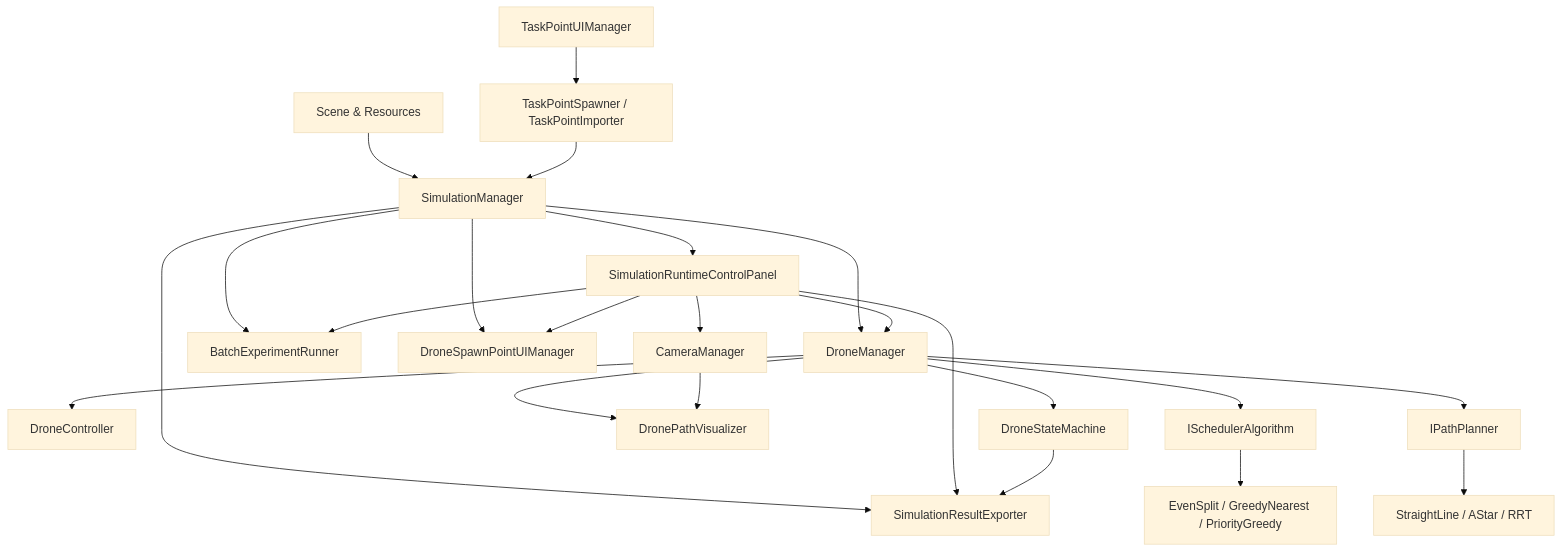
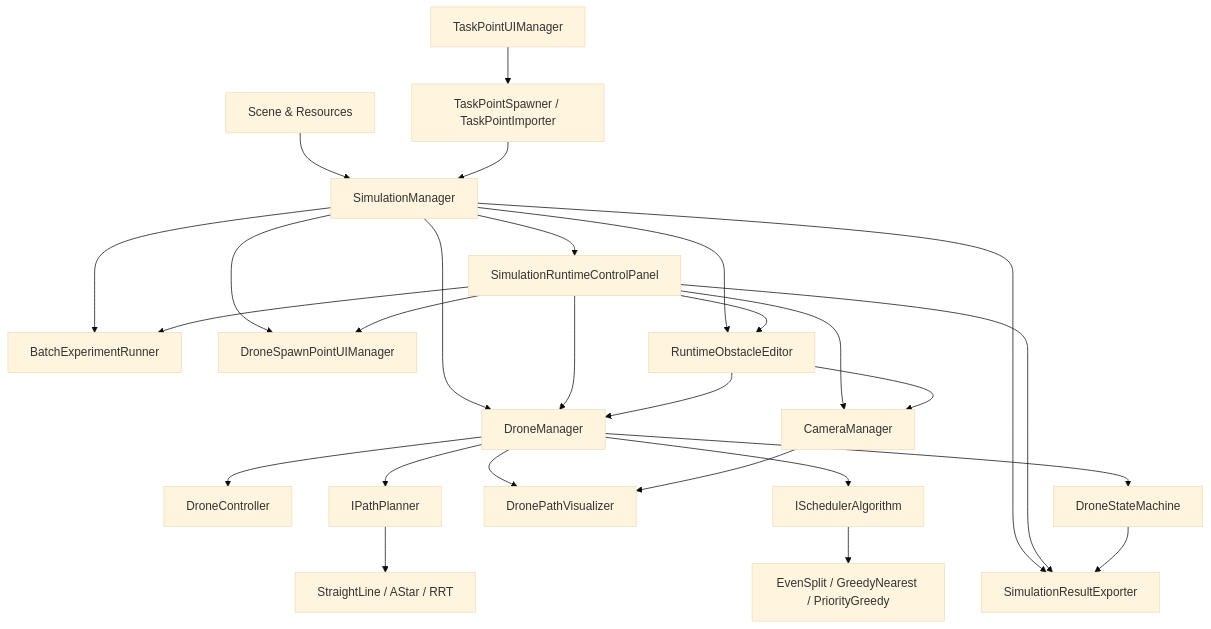
One commit to Ky233666/Ky_UAV changed the diagram in docs/system-architecture.md. Above: the diagram before and after it, drawn with Mermaid (base theme). The commit also changed other lines of this file and 38 other files, not shown here.

Commit message:
Add runtime obstacle editor and UI fixes

````diff
--- a/docs/system-architecture.md
+++ b/docs/system-architecture.md
@@ -27,25 +27,29 @@
 ```mermaid
 flowchart TD
     A["Scene & Resources"] --> B["SimulationManager"]
     B --> C["SimulationRuntimeControlPanel"]
     B --> D["DroneManager"]
     B --> E["SimulationResultExporter"]
     B --> F["BatchExperimentRunner"]
     B --> G["DroneSpawnPointUIManager"]
+    B --> P["RuntimeObstacleEditor"]
     D --> H["DroneController"]
     D --> I["DroneStateMachine"]
     D --> J["DronePathVisualizer"]
     D --> K["ISchedulerAlgorithm"]
     D --> L["IPathPlanner"]
     K --> K1["EvenSplit / GreedyNearest / PriorityGreedy"]
     L --> L1["StraightLine / AStar / RRT"]
     C --> D
     C --> E
     C --> F
     C --> G
+    C --> P
     C --> M["CameraManager"]
     N["TaskPointUIManager"] --> O["TaskPointSpawner / TaskPointImporter"]
     O --> B
+    P --> D
+    P --> M
     I --> E
     M --> J
 ```
````
